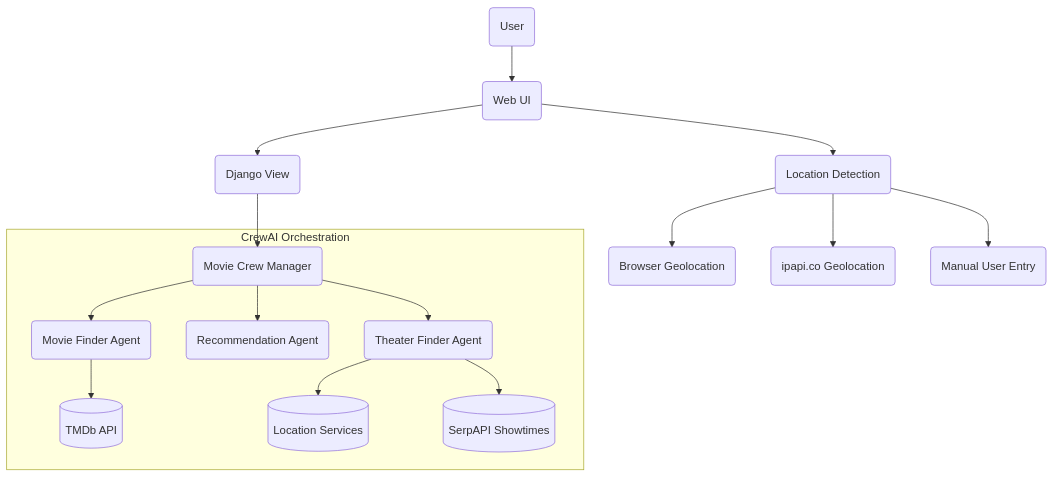
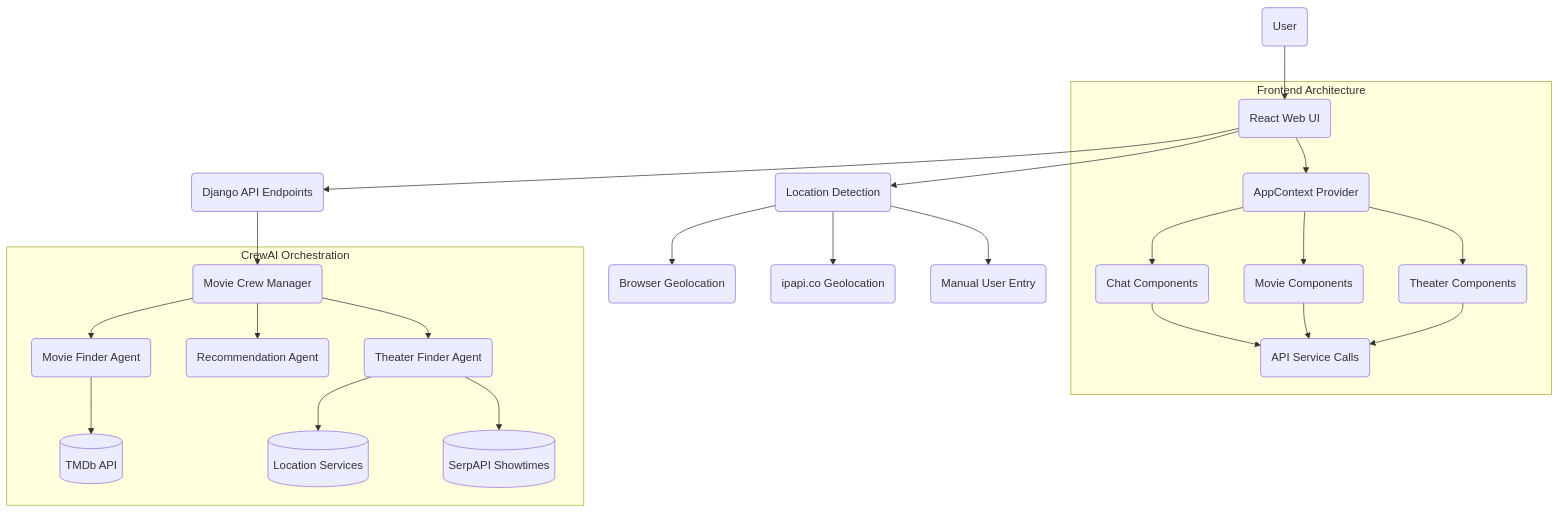
Before and after one commit to nkuhn-vmw/tanzu-genai-showcase: the diagram in py-django-crewai/README.md, drawn with Mermaid. The commit also changed other lines of this file and 83 other files, not shown here.

````diff
--- a/py-django-crewai/README.md
+++ b/py-django-crewai/README.md
@@ -24,21 +25,31 @@
 ```mermaid
 graph TD
-    User(User) --> WebUI(Web UI)
-    WebUI --> DjangoView(Django View)
-    DjangoView --> MovieCrewManager(Movie Crew Manager)
+    User(User) --> WebUI(React Web UI)
+    WebUI --> APIEndpoints(Django API Endpoints)
+    APIEndpoints --> MovieCrewManager(Movie Crew Manager)
+
+    subgraph "Frontend Architecture"
+        WebUI --> AppContextProvider(AppContext Provider)
+        AppContextProvider --> ChatComponents(Chat Components)
+        AppContextProvider --> MovieComponents(Movie Components)
+        AppContextProvider --> TheaterComponents(Theater Components)
+        ChatComponents --> APICalls(API Service Calls)
+        MovieComponents --> APICalls
+        TheaterComponents --> APICalls
+    end
 
     subgraph "CrewAI Orchestration"
         MovieCrewManager --> MovieFinder(Movie Finder Agent)
         MovieCrewManager --> Recommender(Recommendation Agent)
         MovieCrewManager --> TheaterFinder(Theater Finder Agent)
 
         MovieFinder --> TMDbAPI[(TMDb API)]
         TheaterFinder --> GeoServices[(Location Services)]
         TheaterFinder --> SerpAPI[(SerpAPI Showtimes)]
     end
 
     WebUI --> Location(Location Detection)
     Location --> BrowserGeo(Browser Geolocation)
     Location --> IPApiGeo(ipapi.co Geolocation)
     Location --> UserEntry(Manual User Entry)
 ```
````
